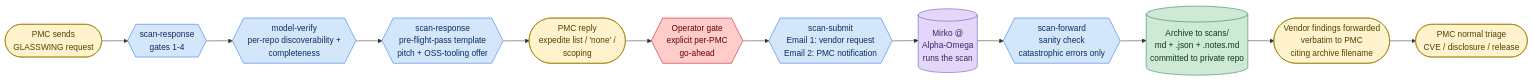
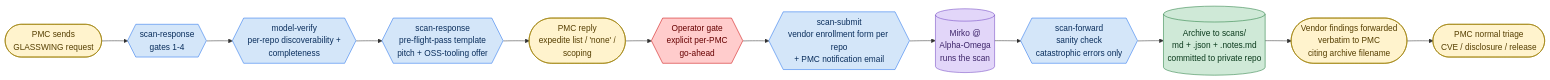
Before and after one commit to raboof/apache-security-dash: the first of 4 diagrams in README.md, drawn with Mermaid. The commit also changed other lines of this file and 1 other file, not shown here.

First line of the commit message:
docs: refresh repo inventory + current scan-submit flow

````diff
--- a/README.md
+++ b/README.md
@@ -101,20 +114,20 @@
 ```mermaid
 flowchart LR
     PMC([PMC sends<br/>GLASSWING request]):::pmc --> R{{scan-response<br/>gates 1-4}}:::skill
     R --> V{{model-verify<br/>per-repo discoverability +<br/>completeness}}:::skill
     V --> P{{scan-response<br/>pre-flight-pass template<br/>pitch + OSS-tooling offer}}:::skill
     P --> PR([PMC reply<br/>expedite list / 'none' /<br/>scoping]):::pmc
     PR --> G{{Operator gate<br/>explicit per-PMC<br/>go-ahead}}:::gate
-    G --> S{{scan-submit<br/>Email 1: vendor request<br/>Email 2: PMC notification}}:::skill
+    G --> S{{scan-submit<br/>vendor enrollment form per repo<br/>+ PMC notification email}}:::skill
     S --> M[(Mirko @<br/>Alpha-Omega<br/>runs the scan)]:::vendor
     M --> F{{scan-forward<br/>sanity check<br/>catastrophic errors only}}:::skill
     F --> A[(Archive to scans/<br/>md + .json + .notes.md<br/>committed to private repo)]:::archive
     A --> RES([Vendor findings forwarded<br/>verbatim to PMC<br/>citing archive filename]):::pmc
     RES --> T([PMC normal triage<br/>CVE / disclosure / release]):::pmc
 
     classDef pmc fill:#fff3cd,stroke:#9a7d00,color:#553e00
     classDef skill fill:#d4e6f9,stroke:#1f6feb,color:#0a2e5c
     classDef gate fill:#ffcccc,stroke:#cc0000,color:#660000
     classDef vendor fill:#e2d6f9,stroke:#6f42c1,color:#3d2469
     classDef archive fill:#cfe9d7,stroke:#1f7a3a,color:#0a3a1c
 ```
````
